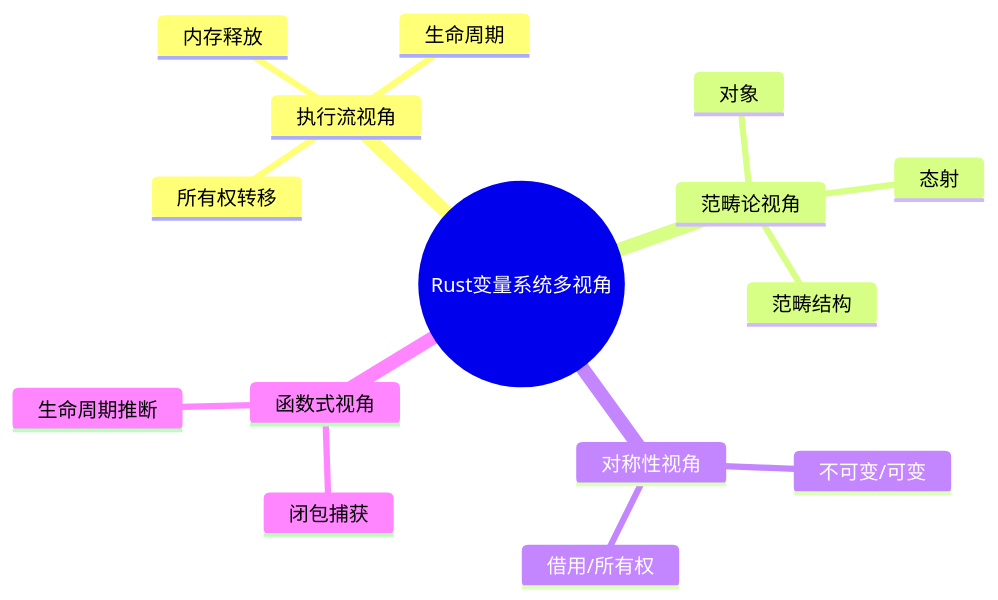
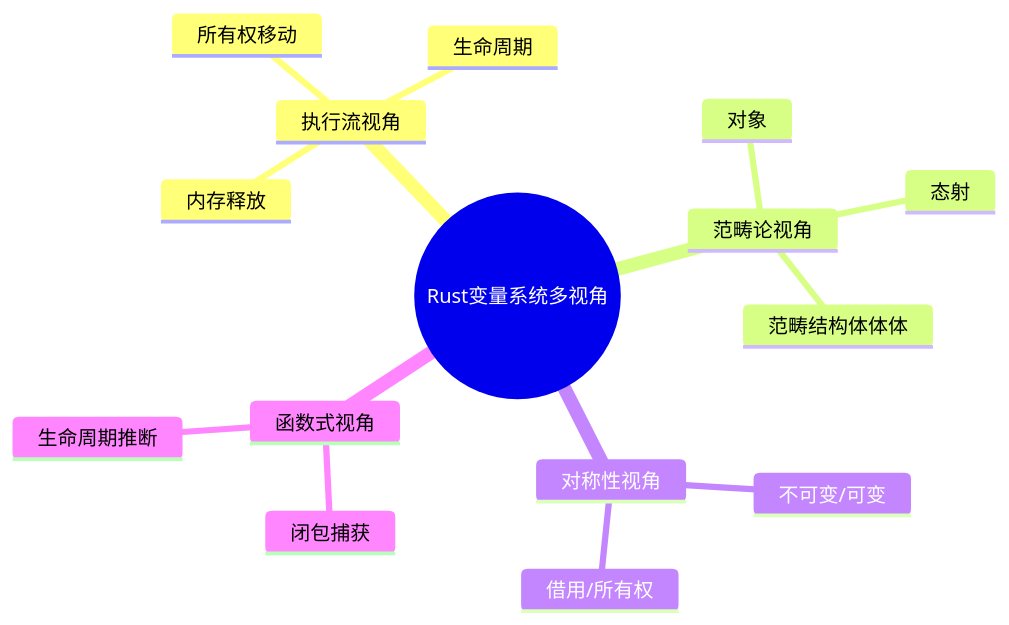
The third of 5 diagrams in formal_rust/refactor/01_core_theory/01_variable_system/10_visualization_and_mindmap.md (martin-ly/rust-lang), drawn with Mermaid before and after one commit. The commit also changed other lines of this file and 5740 other files, not shown here.

````diff
--- a/formal_rust/refactor/01_core_theory/01_variable_system/10_visualization_and_mindmap.md
+++ b/formal_rust/refactor/01_core_theory/01_variable_system/10_visualization_and_mindmap.md
@@ -95,18 +95,18 @@
 ```mermaid
 mindmap
   root((Rust变量系统多视角))
     执行流视角
-      所有权转移
+      所有权移动
       生命周期
       内存释放
     范畴论视角
       对象
       态射
-      范畴结构
+      范畴结构体体体
     对称性视角
       不可变/可变
       借用/所有权
     函数式视角
       闭包捕获
       生命周期推断
 ```
````
